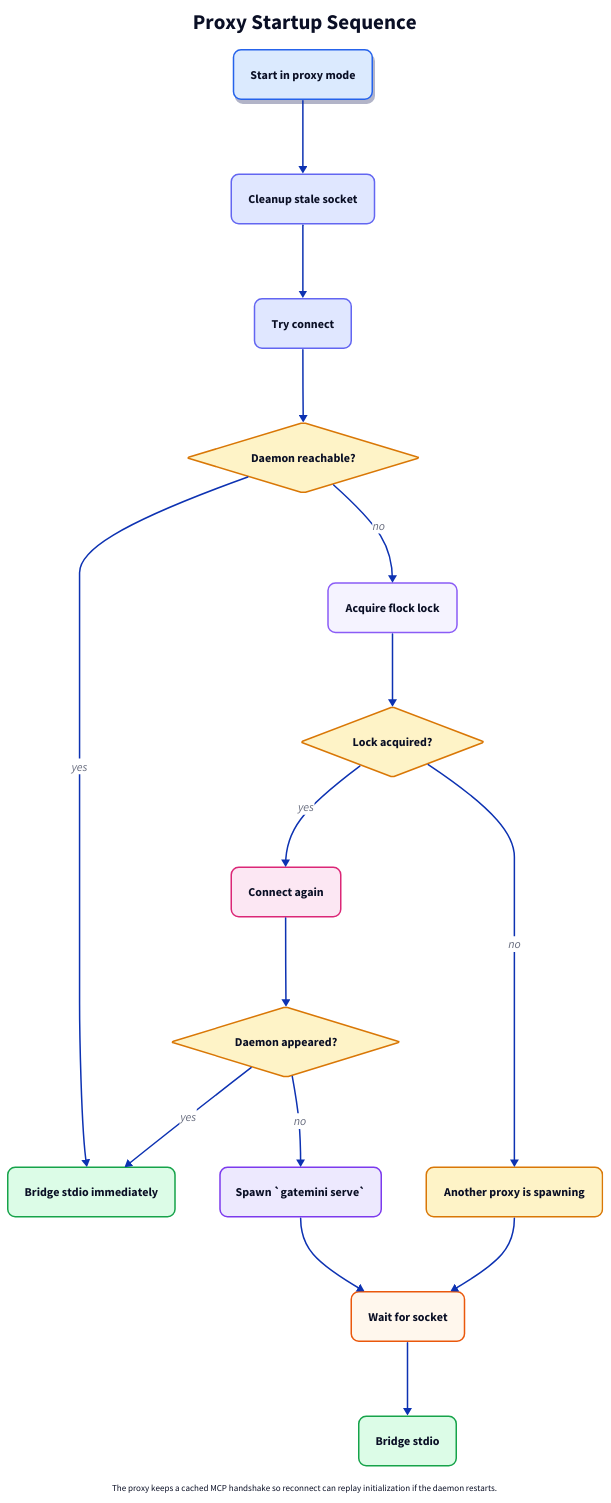
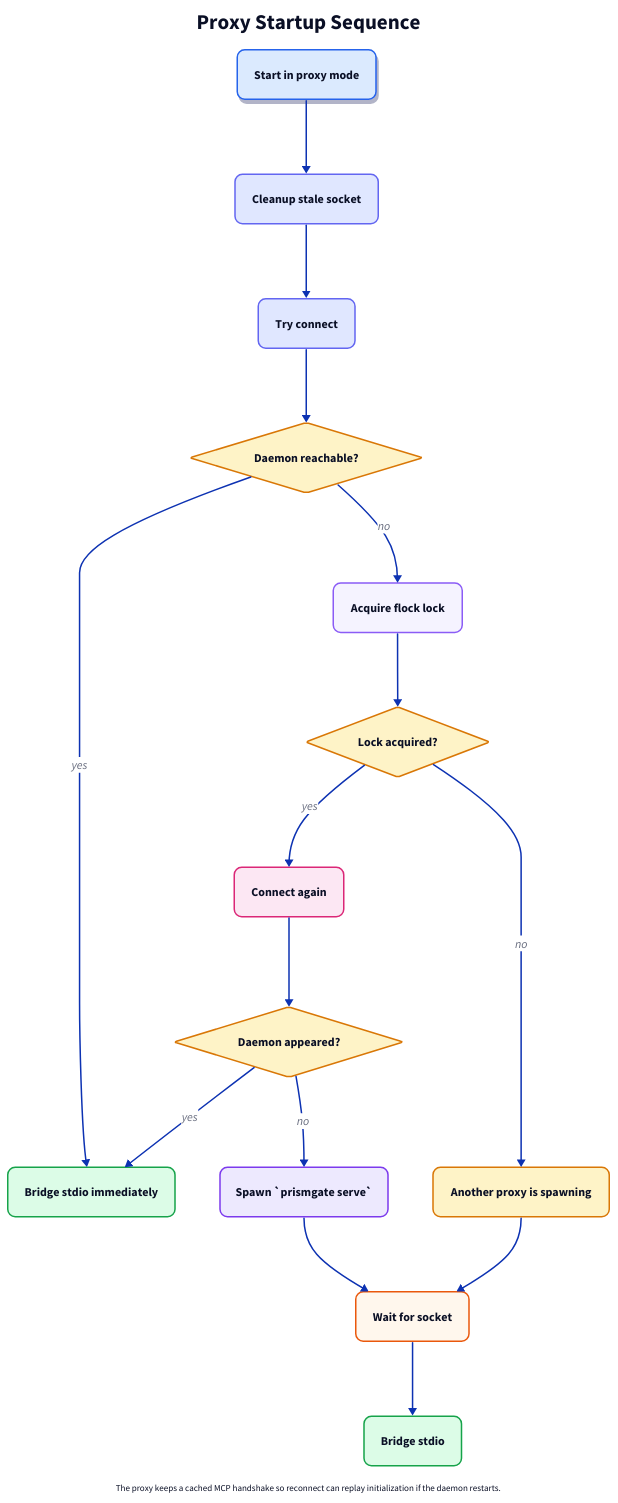
Before and after one commit to jonwraymond/PrismGate: the diagram in docs/diagrams/proxy-startup.d2, drawn with D2. The commit also changed 99 other files, not shown here.

First line of the commit message:
chore: rebrand remaining gatemini surfaces to prismgate

```diff
--- a/docs/diagrams/proxy-startup.d2
+++ b/docs/diagrams/proxy-startup.d2
@@ -1,110 +1,110 @@
 direction: down
 
 title: Proxy Startup Sequence {
   shape: text
   near: top-center
   style.font-size: 28
   style.bold: true
 }
 
 start: Start in proxy mode {
   style.fill: "#DBEAFE"
   style.stroke: "#2563EB"
   style.border-radius: 10
   style.shadow: true
 }
 
 cleanup: Cleanup stale socket {
   style.fill: "#E0E7FF"
   style.stroke: "#6366F1"
   style.border-radius: 10
 }
 
 connect: Try connect {
   style.fill: "#E0E7FF"
   style.stroke: "#6366F1"
   style.border-radius: 10
 }
 
 running: Daemon reachable? {
   shape: diamond
   style.fill: "#FEF3C7"
   style.stroke: "#D97706"
 }
 
 bridge_fast: Bridge stdio immediately {
   style.fill: "#DCFCE7"
   style.stroke: "#16A34A"
   style.border-radius: 10
 }
 
 lock: Acquire flock lock {
   style.fill: "#F5F3FF"
   style.stroke: "#8B5CF6"
   style.border-radius: 10
 }
 
 won: Lock acquired? {
   shape: diamond
   style.fill: "#FEF3C7"
   style.stroke: "#D97706"
 }
 
 double_check: Connect again {
   style.fill: "#FCE7F3"
   style.stroke: "#DB2777"
   style.border-radius: 10
 }
 
 race: Daemon appeared? {
   shape: diamond
   style.fill: "#FEF3C7"
   style.stroke: "#D97706"
 }
 
-spawn: Spawn `gatemini serve` {
+spawn: Spawn `prismgate serve` {
   style.fill: "#EDE9FE"
   style.stroke: "#7C3AED"
   style.border-radius: 10
 }
 
 wait: Wait for socket {
   style.fill: "#FFF7ED"
   style.stroke: "#EA580C"
   style.border-radius: 10
 }
 
 bridge: Bridge stdio {
   style.fill: "#DCFCE7"
   style.stroke: "#16A34A"
   style.border-radius: 10
   style.bold: true
 }
 
 other: Another proxy is spawning {
   style.fill: "#FEF3C7"
   style.stroke: "#D97706"
   style.border-radius: 10
 }
 
 start -> cleanup -> connect -> running
 running -> bridge_fast: yes
 running -> lock: no
 
 lock -> won
 won -> double_check: yes
 won -> other: no
 
 double_check -> race
 race -> bridge_fast: yes
 race -> spawn: no
 
 spawn -> wait -> bridge
 other -> wait
 
 note: |md
   The proxy keeps a cached MCP handshake so reconnect can replay initialization if the daemon restarts.
 | {
   near: bottom-center
   style.font-size: 12
 }
```
